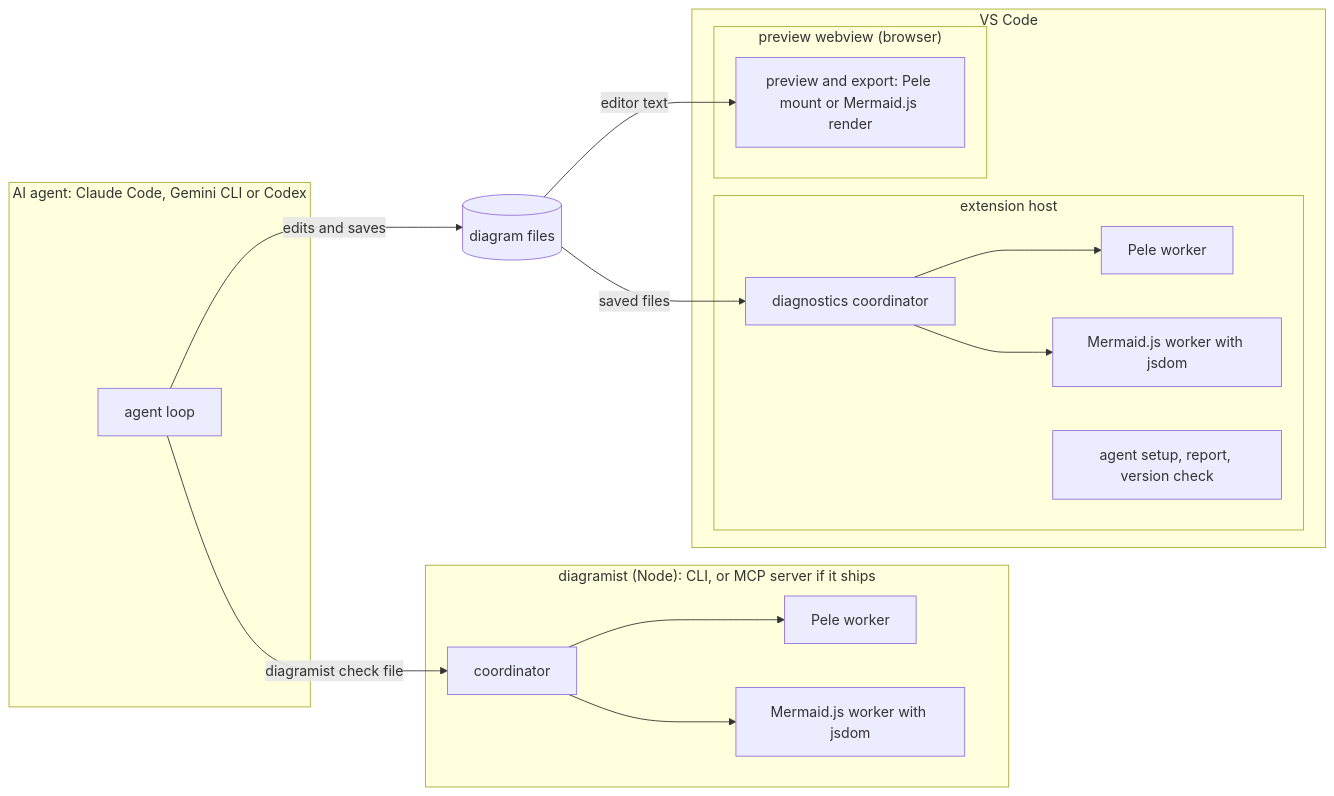
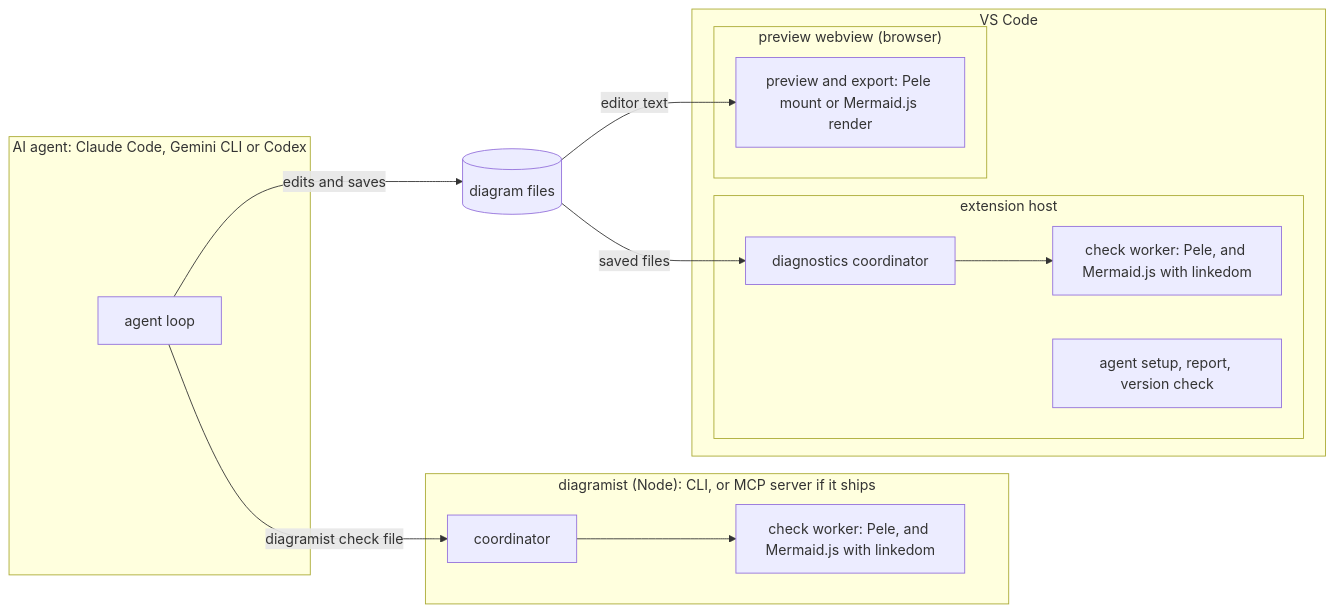
One commit to beshoysabri/diagramist changed the diagram in docs/designs/diagramist.md. Above: the diagram before and after it, drawn with Mermaid. The commit also changed other lines of this file and 13 other files, not shown here.

First line of the commit message:
P2: choose linkedom and one check worker; record the packaging results

````diff
--- a/docs/designs/diagramist.md
+++ b/docs/designs/diagramist.md
@@ -255,25 +255,23 @@
 ```mermaid
 flowchart LR
   subgraph AG["AI agent: Claude Code, Gemini CLI or Codex"]
     A["agent loop"]
   end
   subgraph CK["diagramist (Node): CLI, or MCP server if it ships"]
-    C1["coordinator"] --> PW1["Pele worker"]
-    C1 --> MW1["Mermaid.js worker with jsdom"]
+    C1["coordinator"] --> W1["check worker: Pele, and Mermaid.js with linkedom"]
   end
   subgraph VS["VS Code"]
     subgraph EH["extension host"]
-      DG["diagnostics coordinator"] --> PW2["Pele worker"]
-      DG --> MW2["Mermaid.js worker with jsdom"]
+      DG["diagnostics coordinator"] --> W2["check worker: Pele, and Mermaid.js with linkedom"]
       AS["agent setup, report, version check"]
     end
     subgraph WV["preview webview (browser)"]
       PV["preview and export: Pele mount or Mermaid.js render"]
     end
   end
   F[("diagram files")]
   A -- "diagramist check file" --> C1
   A -- "edits and saves" --> F
   F -- "saved files" --> DG
   F -- "editor text" --> PV
 ```
````
